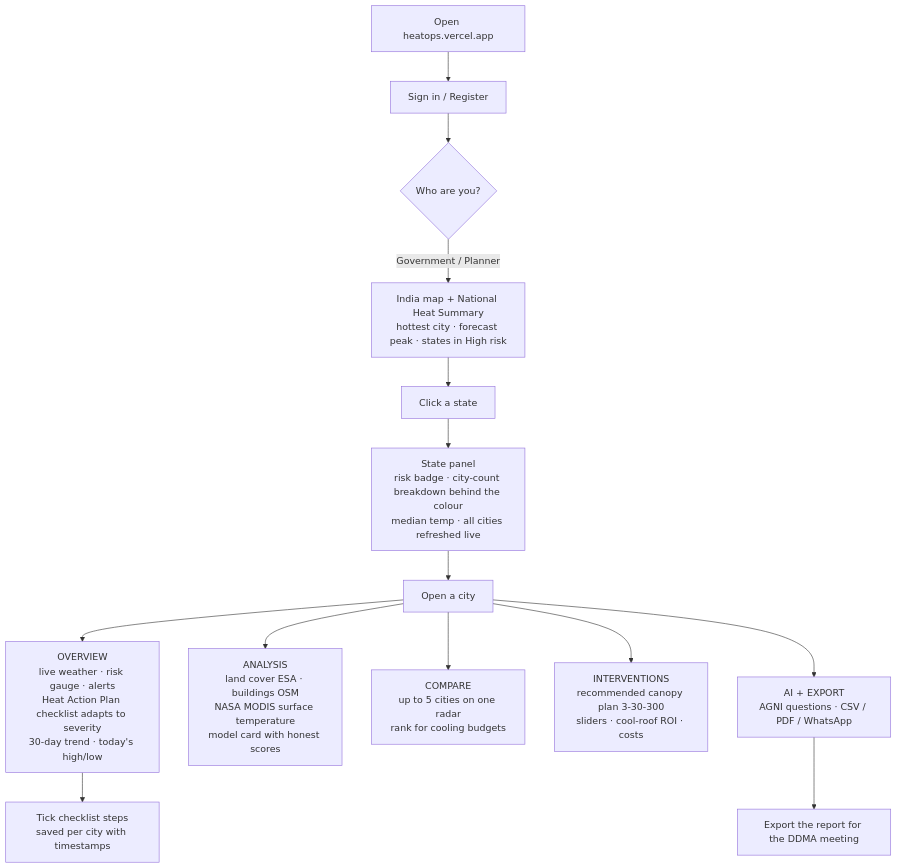
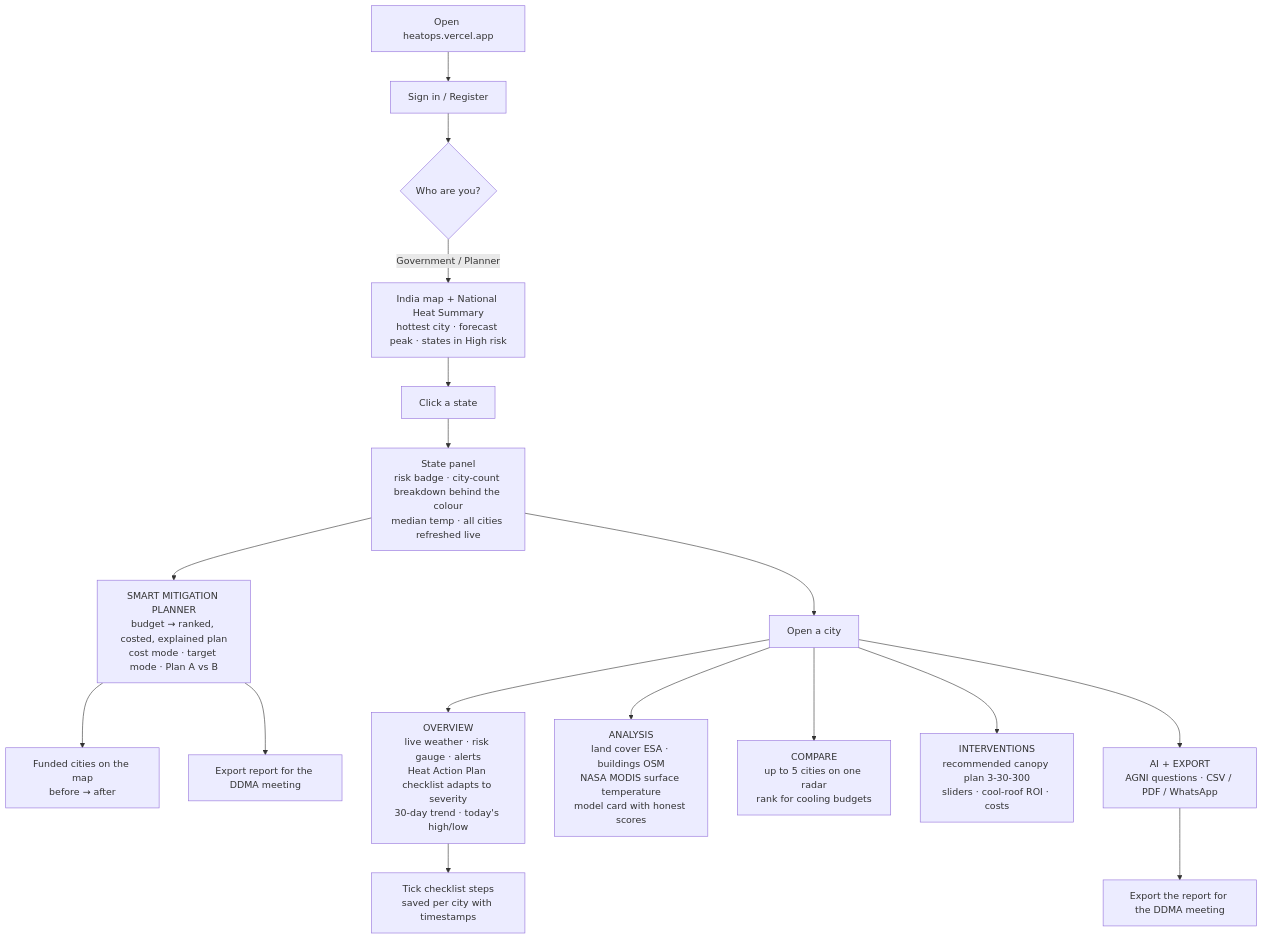
The second of 3 diagrams in FEATURES.md (kkrrishagarwal/heatops), drawn with Mermaid before and after one commit. The commit also changed other lines of this file and 12 other files, not shown here.

First line of the commit message:
Docs: Smart Mitigation Planner in the demo script, feature map, pitch, PPT and stakeholder comparison; authority-first demo flow

````diff
--- a/FEATURES.md
+++ b/FEATURES.md
@@ -136,16 +137,19 @@
 ```mermaid
 flowchart TD
     A[Open heatops.vercel.app] --> B[Sign in / Register]
     B --> C{Who are you?}
     C -->|Government / Planner| D[India map + National Heat Summary<br/>hottest city · forecast peak · states in High risk]
     D --> E[Click a state]
     E --> F[State panel<br/>risk badge · city-count breakdown behind the colour<br/>median temp · all cities refreshed live]
+    F --> P[SMART MITIGATION PLANNER<br/>budget → ranked, costed, explained plan<br/>cost mode · target mode · Plan A vs B]
+    P --> PM[Funded cities on the map<br/>before → after]
+    P --> PE[Export report for the DDMA meeting]
     F --> G[Open a city]
     G --> H[OVERVIEW<br/>live weather · risk gauge · alerts<br/>Heat Action Plan checklist adapts to severity<br/>30-day trend · today's high/low]
     G --> I[ANALYSIS<br/>land cover ESA · buildings OSM<br/>NASA MODIS surface temperature<br/>model card with honest scores]
     G --> J[COMPARE<br/>up to 5 cities on one radar<br/>rank for cooling budgets]
     G --> K[INTERVENTIONS<br/>recommended canopy plan 3-30-300<br/>sliders · cool-roof ROI · costs]
     G --> L[AI + EXPORT<br/>AGNI questions · CSV / PDF / WhatsApp]
     H --> M[Tick checklist steps<br/>saved per city with timestamps]
     L --> N[Export the report for the DDMA meeting]
 ```
````
